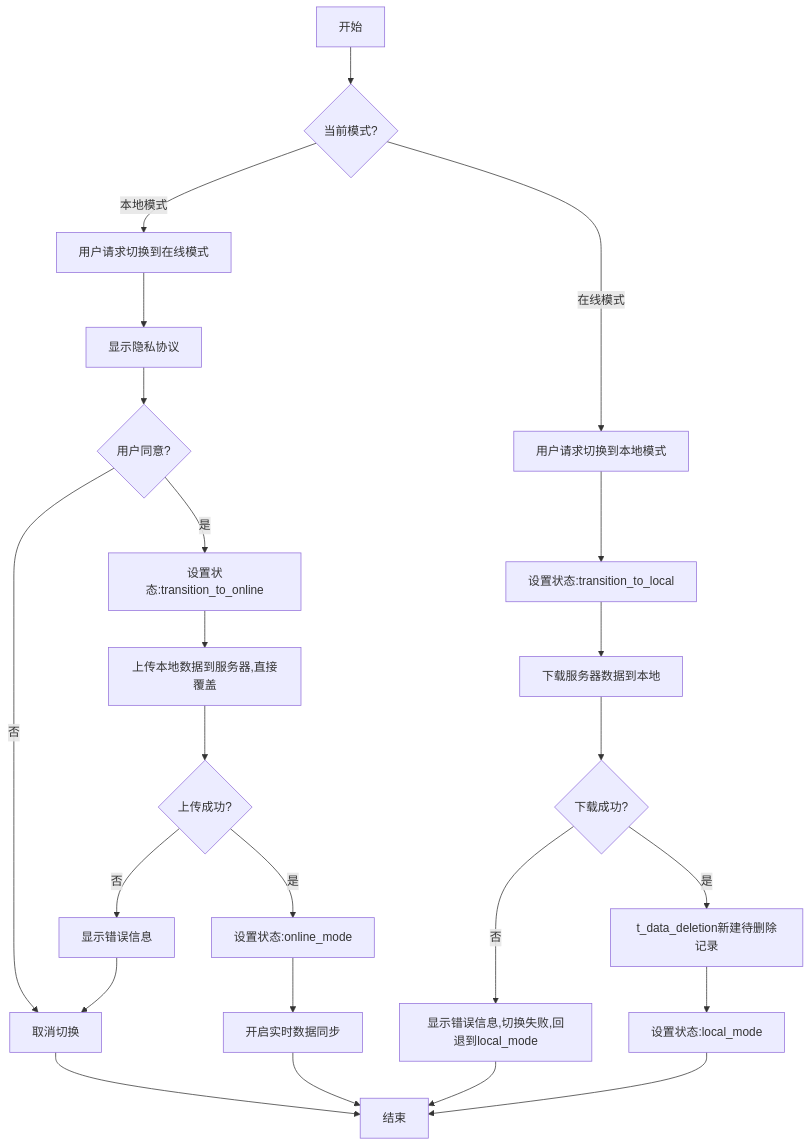
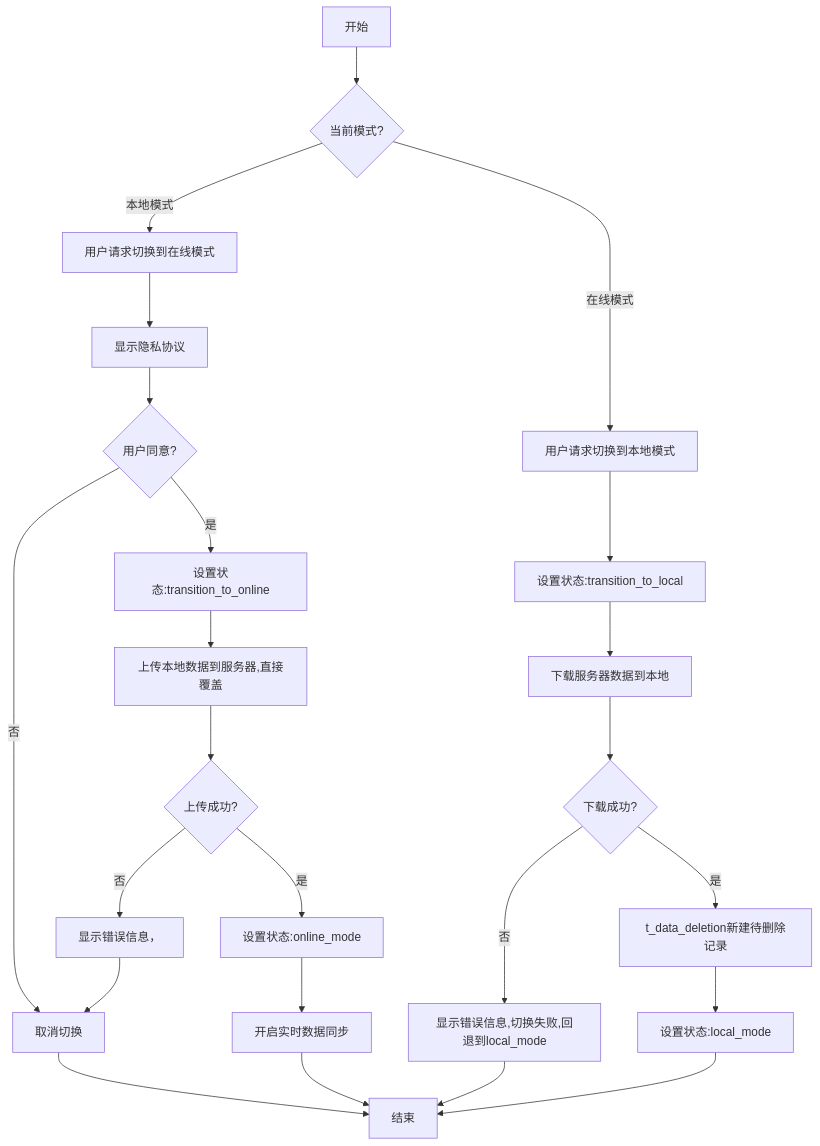
Before and after one commit to yingjianzh/iodraw-files: the diagram in all/未命名-56.md, drawn with Mermaid.

Commit message:
2025-05-12 10:04:13 update

````diff
--- a/all/未命名-56.md
+++ b/all/未命名-56.md
@@ -1,33 +1,33 @@
 ```mermaid
 
 
 flowchart TD
     A[开始] --> B{当前模式?}
     
     B -->|本地模式| C[用户请求切换到在线模式]
     C --> F[显示隐私协议]
     F --> G{用户同意?}
     G -->|否| H[取消切换]
     H --> Z[结束]
     G -->|是| I[设置状态:transition_to_online]
     I --> O[上传本地数据到服务器,直接覆盖]
     O --> P{上传成功?}
-    P -->|否| Q[显示错误信息]
+    P -->|否| Q[显示错误信息，]
     Q --> H
     P -->|是| R[设置状态:online_mode]
     R --> S[开启实时数据同步]
     S --> Z
     
     B -->|在线模式| T[用户请求切换到本地模式]
     T --> U[设置状态:transition_to_local]
     U --> X[下载服务器数据到本地]
     X --> Y{下载成功?}
     Y -->|否| AA2[显示错误信息,切换失败,回退到local_mode]
     AA2 --> Z
     Y -->|是| AB2[t_data_deletion新建待删除记录]
 
 
     AB2 -->AE[设置状态:local_mode]
     AE --> Z
 
 ```
````
